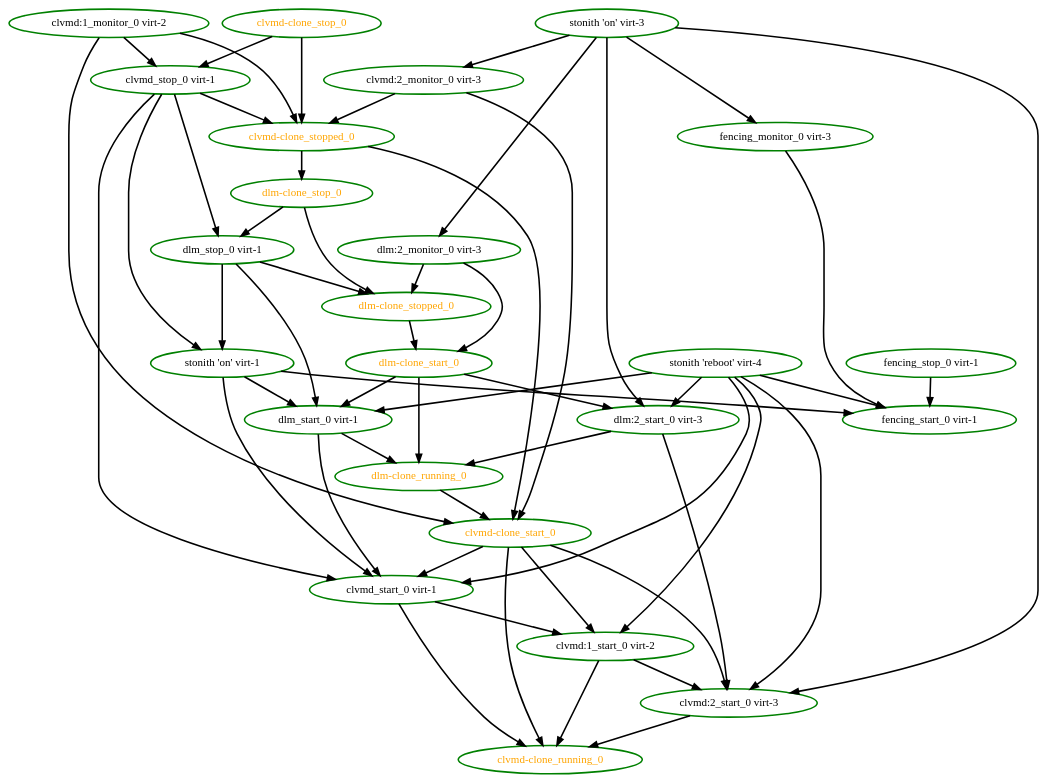
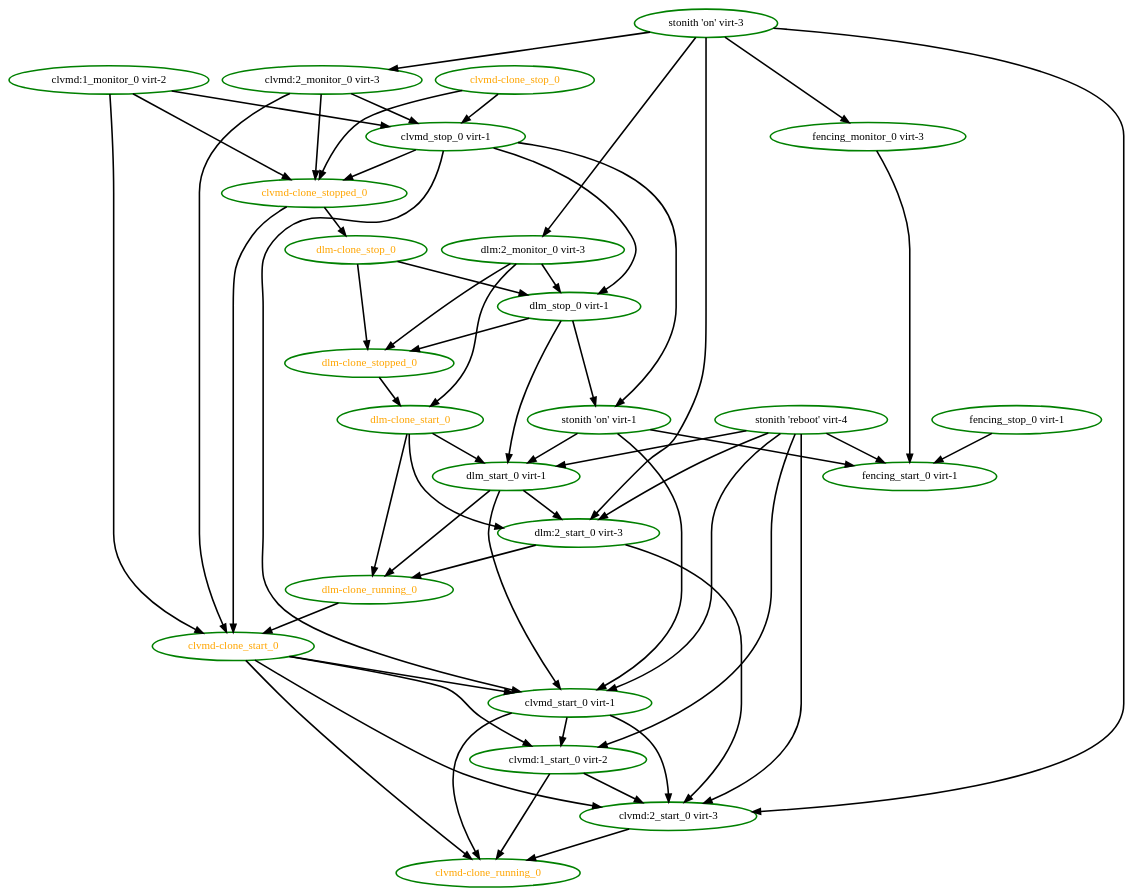
One commit to ClusterLabs/pacemaker changed the diagram in cts/scheduler/dot/unfence-parameters.dot. Above: the diagram before and after it, drawn with Graphviz. The commit also changed 30 other files, not shown here.

```diff
--- a/cts/scheduler/dot/unfence-parameters.dot
+++ b/cts/scheduler/dot/unfence-parameters.dot
@@ -1,80 +1,84 @@
  digraph "g" {
 "clvmd-clone_running_0" [ style=bold color="green" fontcolor="orange"]
 "clvmd-clone_start_0" -> "clvmd-clone_running_0" [ style = bold]
 "clvmd-clone_start_0" -> "clvmd:1_start_0 virt-2" [ style = bold]
 "clvmd-clone_start_0" -> "clvmd:2_start_0 virt-3" [ style = bold]
 "clvmd-clone_start_0" -> "clvmd_start_0 virt-1" [ style = bold]
 "clvmd-clone_start_0" [ style=bold color="green" fontcolor="orange"]
 "clvmd-clone_stop_0" -> "clvmd-clone_stopped_0" [ style = bold]
 "clvmd-clone_stop_0" -> "clvmd_stop_0 virt-1" [ style = bold]
 "clvmd-clone_stop_0" [ style=bold color="green" fontcolor="orange"]
 "clvmd-clone_stopped_0" -> "clvmd-clone_start_0" [ style = bold]
 "clvmd-clone_stopped_0" -> "dlm-clone_stop_0" [ style = bold]
 "clvmd-clone_stopped_0" [ style=bold color="green" fontcolor="orange"]
 "clvmd:1_monitor_0 virt-2" -> "clvmd-clone_start_0" [ style = bold]
 "clvmd:1_monitor_0 virt-2" -> "clvmd-clone_stopped_0" [ style = bold]
 "clvmd:1_monitor_0 virt-2" -> "clvmd_stop_0 virt-1" [ style = bold]
 "clvmd:1_monitor_0 virt-2" [ style=bold color="green" fontcolor="black"]
 "clvmd:1_start_0 virt-2" -> "clvmd-clone_running_0" [ style = bold]
 "clvmd:1_start_0 virt-2" -> "clvmd:2_start_0 virt-3" [ style = bold]
 "clvmd:1_start_0 virt-2" [ style=bold color="green" fontcolor="black"]
 "clvmd:2_monitor_0 virt-3" -> "clvmd-clone_start_0" [ style = bold]
 "clvmd:2_monitor_0 virt-3" -> "clvmd-clone_stopped_0" [ style = bold]
+"clvmd:2_monitor_0 virt-3" -> "clvmd_stop_0 virt-1" [ style = bold]
 "clvmd:2_monitor_0 virt-3" [ style=bold color="green" fontcolor="black"]
 "clvmd:2_start_0 virt-3" -> "clvmd-clone_running_0" [ style = bold]
 "clvmd:2_start_0 virt-3" [ style=bold color="green" fontcolor="black"]
 "clvmd_start_0 virt-1" -> "clvmd-clone_running_0" [ style = bold]
 "clvmd_start_0 virt-1" -> "clvmd:1_start_0 virt-2" [ style = bold]
+"clvmd_start_0 virt-1" -> "clvmd:2_start_0 virt-3" [ style = bold]
 "clvmd_start_0 virt-1" [ style=bold color="green" fontcolor="black"]
 "clvmd_stop_0 virt-1" -> "clvmd-clone_stopped_0" [ style = bold]
 "clvmd_stop_0 virt-1" -> "clvmd_start_0 virt-1" [ style = bold]
 "clvmd_stop_0 virt-1" -> "dlm_stop_0 virt-1" [ style = bold]
 "clvmd_stop_0 virt-1" -> "stonith 'on' virt-1" [ style = bold]
 "clvmd_stop_0 virt-1" [ style=bold color="green" fontcolor="black"]
 "dlm-clone_running_0" -> "clvmd-clone_start_0" [ style = bold]
 "dlm-clone_running_0" [ style=bold color="green" fontcolor="orange"]
 "dlm-clone_start_0" -> "dlm-clone_running_0" [ style = bold]
 "dlm-clone_start_0" -> "dlm:2_start_0 virt-3" [ style = bold]
 "dlm-clone_start_0" -> "dlm_start_0 virt-1" [ style = bold]
 "dlm-clone_start_0" [ style=bold color="green" fontcolor="orange"]
 "dlm-clone_stop_0" -> "dlm-clone_stopped_0" [ style = bold]
 "dlm-clone_stop_0" -> "dlm_stop_0 virt-1" [ style = bold]
 "dlm-clone_stop_0" [ style=bold color="green" fontcolor="orange"]
 "dlm-clone_stopped_0" -> "dlm-clone_start_0" [ style = bold]
 "dlm-clone_stopped_0" [ style=bold color="green" fontcolor="orange"]
 "dlm:2_monitor_0 virt-3" -> "dlm-clone_start_0" [ style = bold]
 "dlm:2_monitor_0 virt-3" -> "dlm-clone_stopped_0" [ style = bold]
+"dlm:2_monitor_0 virt-3" -> "dlm_stop_0 virt-1" [ style = bold]
 "dlm:2_monitor_0 virt-3" [ style=bold color="green" fontcolor="black"]
 "dlm:2_start_0 virt-3" -> "clvmd:2_start_0 virt-3" [ style = bold]
 "dlm:2_start_0 virt-3" -> "dlm-clone_running_0" [ style = bold]
 "dlm:2_start_0 virt-3" [ style=bold color="green" fontcolor="black"]
 "dlm_start_0 virt-1" -> "clvmd_start_0 virt-1" [ style = bold]
 "dlm_start_0 virt-1" -> "dlm-clone_running_0" [ style = bold]
+"dlm_start_0 virt-1" -> "dlm:2_start_0 virt-3" [ style = bold]
 "dlm_start_0 virt-1" [ style=bold color="green" fontcolor="black"]
 "dlm_stop_0 virt-1" -> "dlm-clone_stopped_0" [ style = bold]
 "dlm_stop_0 virt-1" -> "dlm_start_0 virt-1" [ style = bold]
 "dlm_stop_0 virt-1" -> "stonith 'on' virt-1" [ style = bold]
 "dlm_stop_0 virt-1" [ style=bold color="green" fontcolor="black"]
 "fencing_monitor_0 virt-3" -> "fencing_start_0 virt-1" [ style = bold]
 "fencing_monitor_0 virt-3" [ style=bold color="green" fontcolor="black"]
 "fencing_start_0 virt-1" [ style=bold color="green" fontcolor="black"]
 "fencing_stop_0 virt-1" -> "fencing_start_0 virt-1" [ style = bold]
 "fencing_stop_0 virt-1" [ style=bold color="green" fontcolor="black"]
 "stonith 'on' virt-1" -> "clvmd_start_0 virt-1" [ style = bold]
 "stonith 'on' virt-1" -> "dlm_start_0 virt-1" [ style = bold]
 "stonith 'on' virt-1" -> "fencing_start_0 virt-1" [ style = bold]
 "stonith 'on' virt-1" [ style=bold color="green" fontcolor="black"]
 "stonith 'on' virt-3" -> "clvmd:2_monitor_0 virt-3" [ style = bold]
 "stonith 'on' virt-3" -> "clvmd:2_start_0 virt-3" [ style = bold]
 "stonith 'on' virt-3" -> "dlm:2_monitor_0 virt-3" [ style = bold]
 "stonith 'on' virt-3" -> "dlm:2_start_0 virt-3" [ style = bold]
 "stonith 'on' virt-3" -> "fencing_monitor_0 virt-3" [ style = bold]
 "stonith 'on' virt-3" [ style=bold color="green" fontcolor="black"]
 "stonith 'reboot' virt-4" -> "clvmd:1_start_0 virt-2" [ style = bold]
 "stonith 'reboot' virt-4" -> "clvmd:2_start_0 virt-3" [ style = bold]
 "stonith 'reboot' virt-4" -> "clvmd_start_0 virt-1" [ style = bold]
 "stonith 'reboot' virt-4" -> "dlm:2_start_0 virt-3" [ style = bold]
 "stonith 'reboot' virt-4" -> "dlm_start_0 virt-1" [ style = bold]
 "stonith 'reboot' virt-4" -> "fencing_start_0 virt-1" [ style = bold]
 "stonith 'reboot' virt-4" [ style=bold color="green" fontcolor="black"]
 }
```
